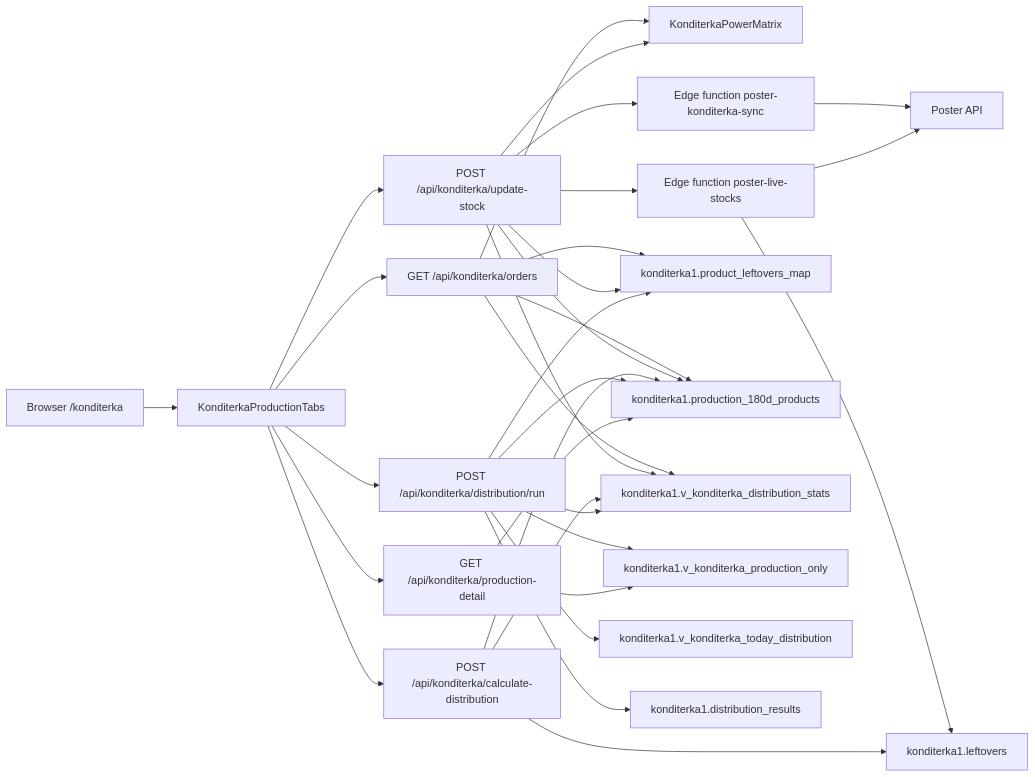
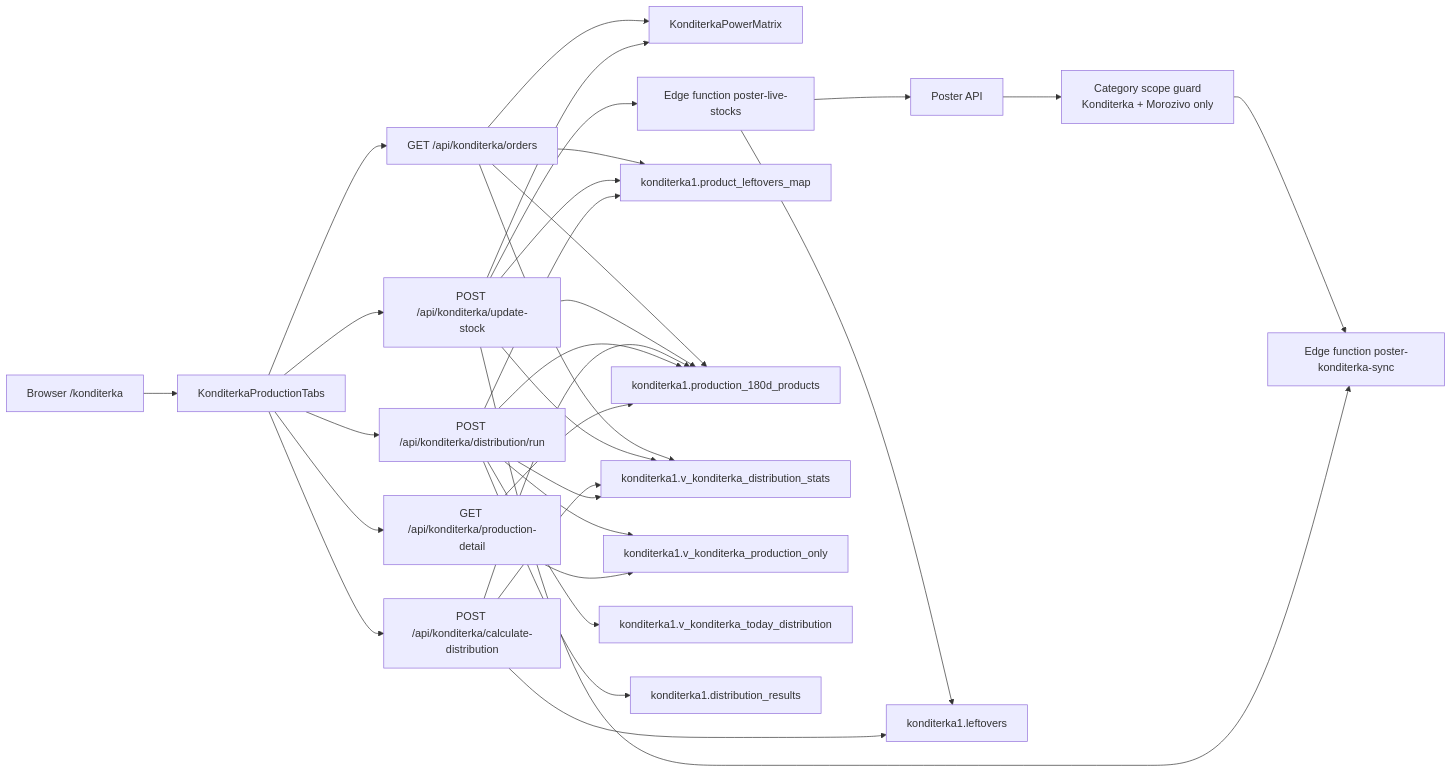
Before and after one commit to yobozavrik/operator_v2.2: the first of 4 diagrams in docs/konditerka-architecture-mermaid.md, drawn with Mermaid. The commit also changed other lines of this file and 8 other files, not shown here.

````diff
--- a/docs/konditerka-architecture-mermaid.md
+++ b/docs/konditerka-architecture-mermaid.md
@@ -21,61 +22,63 @@
 ```mermaid
 flowchart LR
     browser["Browser /konditerka"]
     tabs["KonditerkaProductionTabs"]
     matrix["KonditerkaPowerMatrix"]
 
     orders["GET /api/konditerka/orders"]
     stock_update["POST /api/konditerka/update-stock"]
     dist_calc["POST /api/konditerka/calculate-distribution"]
     dist_run["POST /api/konditerka/distribution/run"]
     prod_detail["GET /api/konditerka/production-detail"]
 
     poster["Poster API"]
+    scope["Category scope guard<br/>Konditerka + Morozivo only"]
     edge_stocks["Edge function poster-live-stocks"]
     edge_prod["Edge function poster-konditerka-sync"]
 
     leftovers["konditerka1.leftovers"]
     map["konditerka1.product_leftovers_map"]
     catalog["konditerka1.production_180d_products"]
     dist_view["konditerka1.v_konditerka_distribution_stats"]
     prod_view["konditerka1.v_konditerka_production_only"]
     today_dist["konditerka1.v_konditerka_today_distribution"]
     results["konditerka1.distribution_results"]
 
     browser --> tabs
     tabs --> orders
     tabs --> stock_update
     tabs --> dist_run
     tabs --> prod_detail
     tabs --> dist_calc
 
     orders --> dist_view
     orders --> catalog
     orders --> map
 
+    poster --> scope
+    scope --> edge_prod
     stock_update --> edge_prod
     stock_update --> edge_stocks
-    edge_prod --> poster
     edge_stocks --> poster
     edge_stocks --> leftovers
     stock_update --> map
     stock_update --> catalog
     stock_update --> dist_view
 
     dist_calc --> dist_view
     dist_calc --> catalog
     dist_calc --> leftovers
 
     dist_run --> dist_view
     dist_run --> prod_view
     dist_run --> today_dist
     dist_run --> results
     dist_run --> map
     dist_run --> catalog
 
     prod_detail --> prod_view
     prod_detail --> catalog
 
     orders --> matrix
     stock_update --> matrix
 ```
````
